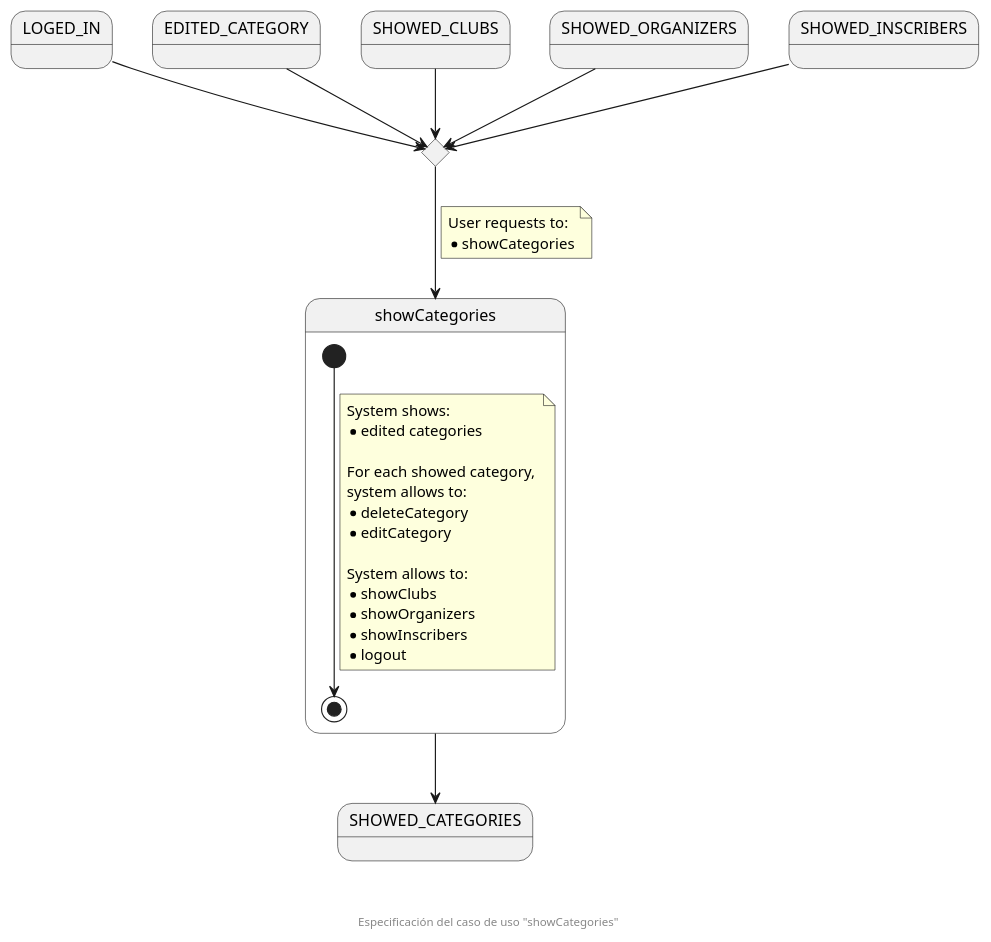
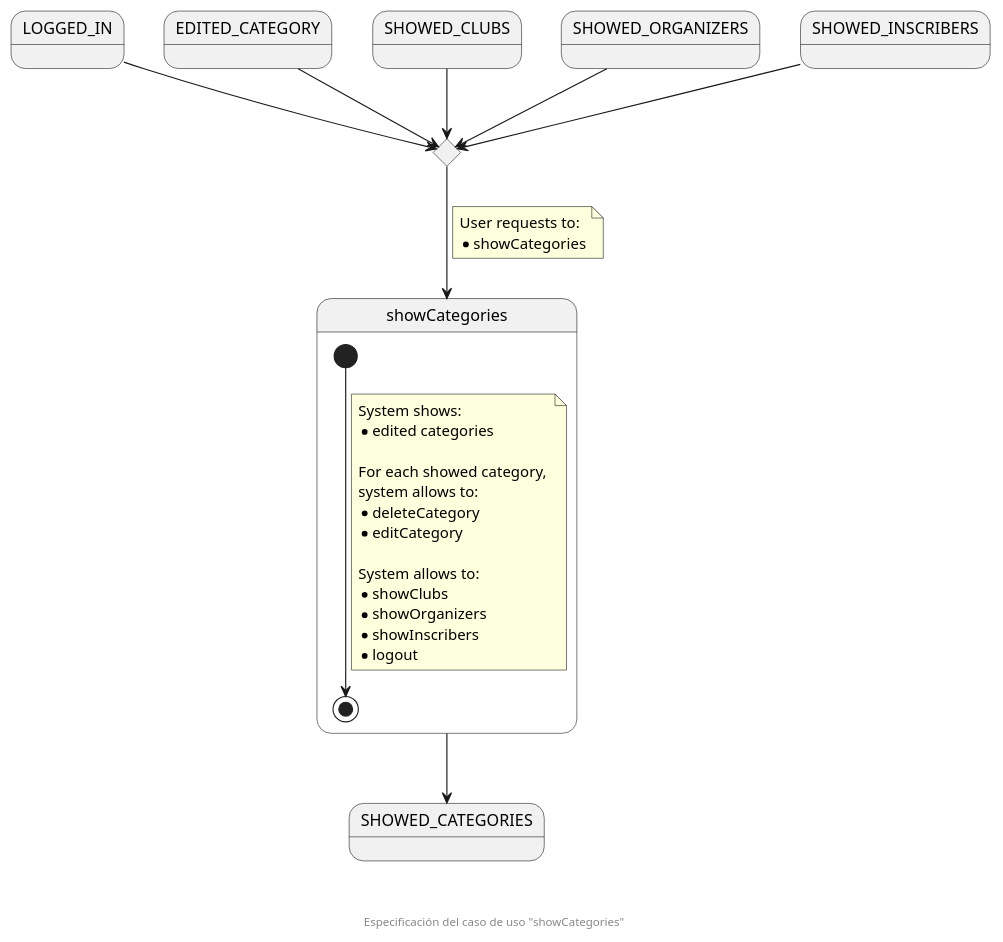
Before and after one commit to zuldare/mastercloud_pfm_halterocms: the diagram in documentation/diagrams/1_requirements/3_useCasesSpecification/organizationSecretary/01_showCategories.puml, drawn with PlantUML. The commit also changed 5 other files, not shown here.

```diff
--- a/documentation/diagrams/1_requirements/3_useCasesSpecification/organizationSecretary/01_showCategories.puml
+++ b/documentation/diagrams/1_requirements/3_useCasesSpecification/organizationSecretary/01_showCategories.puml
@@ -1,44 +1,44 @@
 @startuml
-state LOGED_IN
+state LOGGED_IN
 state EDITED_CATEGORY
 state SHOWED_CLUBS
 state SHOWED_ORGANIZERS
 state SHOWED_INSCRIBERS
 
 state enterShowCategoriesCHC <<choice>>
 
 state showCategories {
   [*] --> [*]
   note on link
     System shows:
     * edited categories
 
     For each showed category, 
     system allows to:
     * deleteCategory
     * editCategory
 
     System allows to:
     * showClubs
     * showOrganizers
     * showInscribers
     * logout
   end note
 }
 state SHOWED_CATEGORIES
 
-LOGED_IN --> enterShowCategoriesCHC
+LOGGED_IN --> enterShowCategoriesCHC
 EDITED_CATEGORY --> enterShowCategoriesCHC
 SHOWED_CLUBS --> enterShowCategoriesCHC
 SHOWED_ORGANIZERS --> enterShowCategoriesCHC
 SHOWED_INSCRIBERS --> enterShowCategoriesCHC
 
 enterShowCategoriesCHC --> showCategories
 note on link
   User requests to:
   * showCategories
 end note
 showCategories --> SHOWED_CATEGORIES
 
 footer \n\n\n Especificación del caso de uso "showCategories"
 @enduml
```
